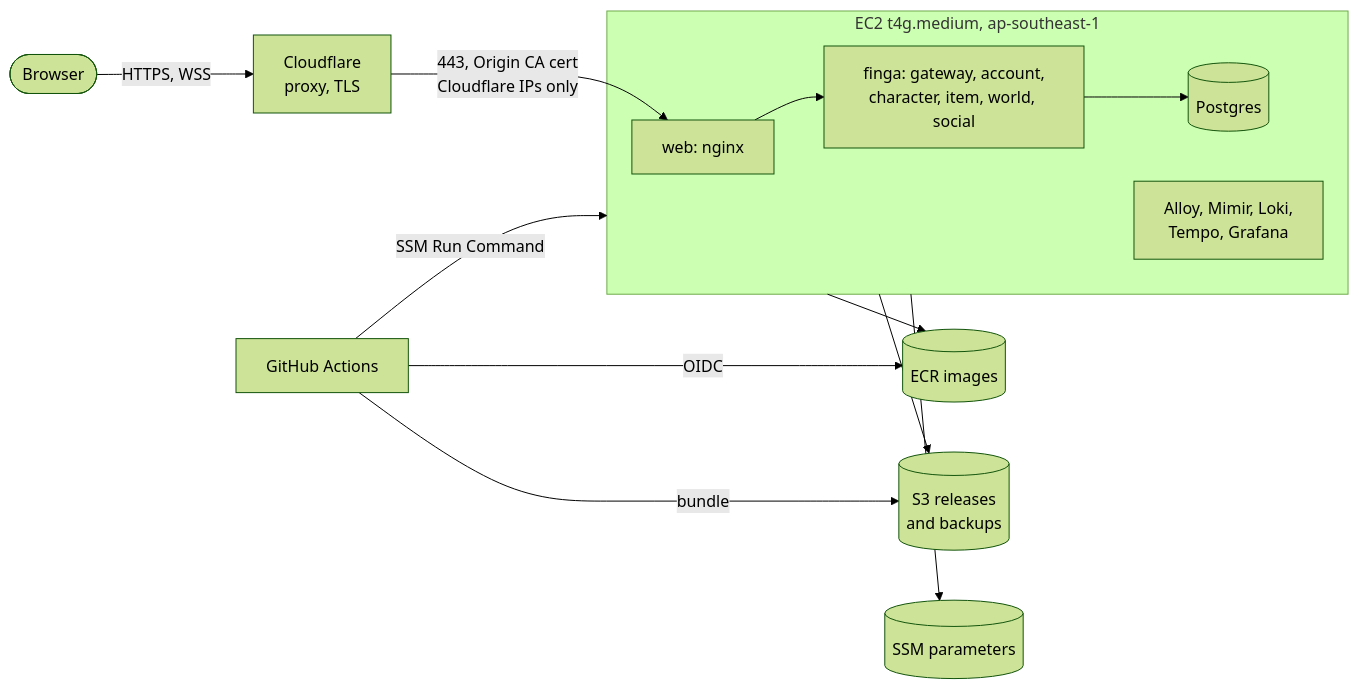
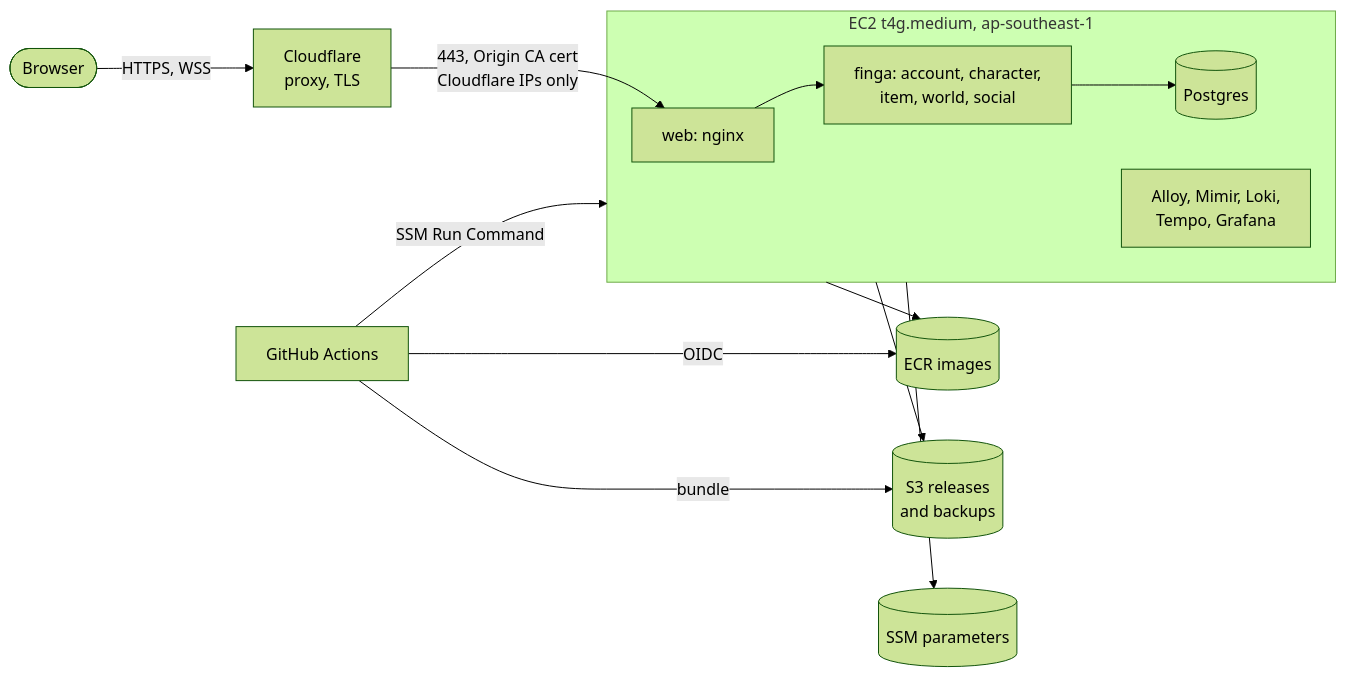
The diagram in infra/deploy/README.md (zranitm/finga), drawn with Mermaid (forest theme) before and after one commit. The commit also changed 144 other files, not shown here.

````diff
--- a/infra/deploy/README.md
+++ b/infra/deploy/README.md
@@ -7,14 +7,14 @@
 ```mermaid
 flowchart LR
   player([Browser]) -->|HTTPS, WSS| cf[Cloudflare<br/>proxy, TLS]
   cf -->|443, Origin CA cert<br/>Cloudflare IPs only| nginx
   subgraph ec2 [EC2 t4g.medium, ap-southeast-1]
-    nginx[web: nginx] --> finga[finga: gateway, account,<br/>character, item, world, social]
+    nginx[web: nginx] --> finga[finga: account, character,<br/>item, world, social]
     finga --> pg[(Postgres)]
     obs[Alloy, Mimir, Loki,<br/>Tempo, Grafana]
   end
   gha[GitHub Actions] -->|OIDC| ecr[(ECR images)]
   gha -->|bundle| s3[(S3 releases<br/>and backups)]
   gha -->|SSM Run Command| ec2
   ec2 --> ecr & s3 & ssm[(SSM parameters)]
 ```
````
